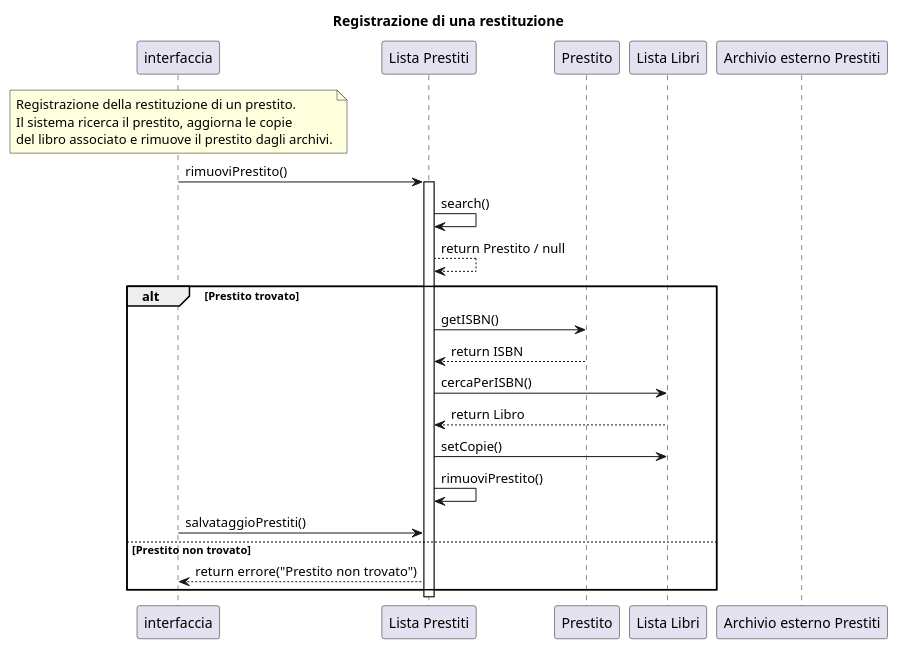
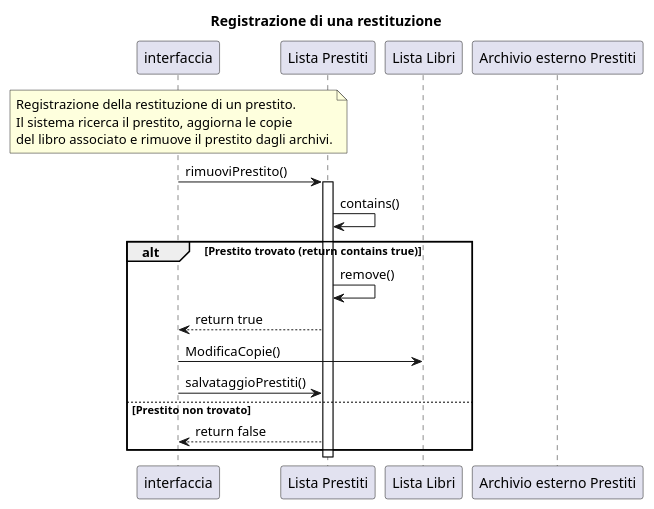
One commit to amalinconico6-cpu/Biblioteca_universitaria_10 changed the diagram in Progettazione/AllDiagramsCode/IndividualSequenceDiagramsCode/RegistrazioneRestituzione.wsd. Above: the diagram before and after it, drawn with PlantUML.

Commit message:
ultimo commit

```diff
--- a/Progettazione/AllDiagramsCode/IndividualSequenceDiagramsCode/RegistrazioneRestituzione.wsd
+++ b/Progettazione/AllDiagramsCode/IndividualSequenceDiagramsCode/RegistrazioneRestituzione.wsd
@@ -1,40 +1,30 @@
 @startuml RegistrazioneRestituzione
 title Registrazione di una restituzione
 
 participant "interfaccia" as UI
 participant "Lista Prestiti" as ListaPrestiti
-participant "Prestito" as Prestito
 participant "Lista Libri" as ListaLibri
 participant "Archivio esterno Prestiti" as ArchPrestiti
 
 note over UI
 Registrazione della restituzione di un prestito.
 Il sistema ricerca il prestito, aggiorna le copie
 del libro associato e rimuove il prestito dagli archivi.
 end note
 
 UI -> ListaPrestiti: rimuoviPrestito()
 activate ListaPrestiti
 
-ListaPrestiti -> ListaPrestiti: search()
-ListaPrestiti --> ListaPrestiti: return Prestito / null
-
-alt Prestito trovato
-    ListaPrestiti -> Prestito: getISBN()
-    Prestito --> ListaPrestiti: return ISBN
-
-    ListaPrestiti -> ListaLibri: cercaPerISBN()
-    ListaLibri --> ListaPrestiti: return Libro
-
-    ListaPrestiti -> ListaLibri: setCopie()
-
-    ListaPrestiti -> ListaPrestiti: rimuoviPrestito()
-
+ListaPrestiti -> ListaPrestiti: contains()
+alt Prestito trovato (return contains true)
+    ListaPrestiti -> ListaPrestiti: remove()
+    ListaPrestiti-->UI:return true
+    UI->ListaLibri:ModificaCopie()
     UI -> ListaPrestiti: salvataggioPrestiti()
 else Prestito non trovato
-    ListaPrestiti --> UI: return errore("Prestito non trovato")
+    ListaPrestiti --> UI: return false
 end
 
 deactivate ListaPrestiti
 
 @enduml
```
